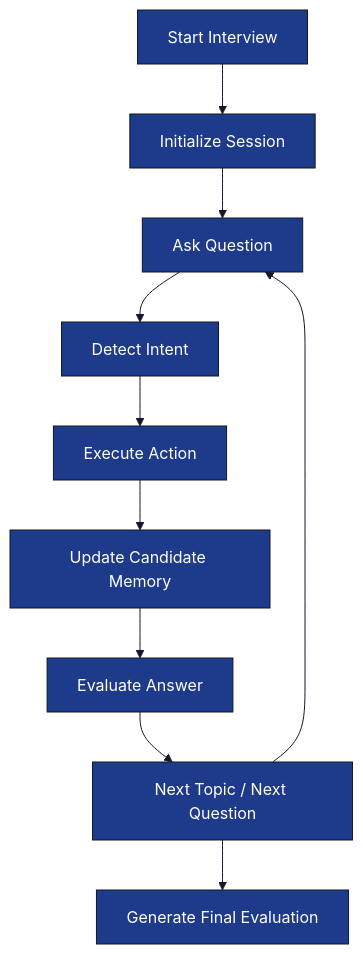
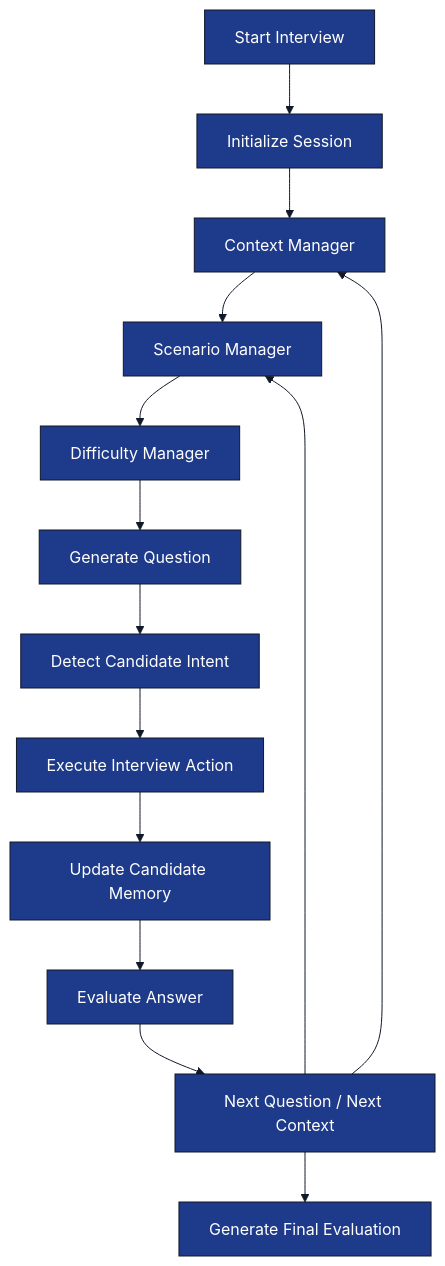
The first of 2 diagrams in docs/tech-spec/04_interview_engine.md (Veeru123456778/ai-interview-service), drawn with Mermaid before and after one commit. The commit also changed other lines of this file, not shown here.

Commit message:
fixes the interview engine of the agent

````diff
--- a/docs/tech-spec/04_interview_engine.md
+++ b/docs/tech-spec/04_interview_engine.md
@@ -51,47 +53,57 @@
 ```mermaid
 %%{init:{
   "theme":"base",
   "themeVariables":{
     "background":"#FFFFFF",
     "primaryColor":"#1E3A8A",
     "primaryTextColor":"#FFFFFF",
     "primaryBorderColor":"#111827",
     "secondaryColor":"#2563EB",
     "secondaryTextColor":"#FFFFFF",
     "tertiaryColor":"#DBEAFE",
     "lineColor":"#111827",
     "edgeLabelBackground":"#FFFFFF",
     "fontFamily":"Inter"
   }
 }}%%
 
 flowchart TD
 
     START["Start Interview"]
 
     INIT["Initialize Session"]
 
-    ASK["Ask Question"]
+    CONTEXT["Context Manager"]
 
-    INTENT["Detect Intent"]
+    SCENARIO["Scenario Manager"]
 
-    ACTION["Execute Action"]
+    DIFFICULTY["Difficulty Manager"]
+
+    QUESTION["Generate Question"]
+
+    INTENT["Detect Candidate Intent"]
+
+    ACTION["Execute Interview Action"]
 
     MEMORY["Update Candidate Memory"]
 
-    EVAL["Evaluate Answer"]
+    EVALUATE["Evaluate Answer"]
 
-    NEXT["Next Topic / Next Question"]
+    NEXT["Next Question / Next Context"]
 
     FINAL["Generate Final Evaluation"]
 
     START --> INIT
-    INIT --> ASK
-    ASK --> INTENT
+    INIT --> CONTEXT
+    CONTEXT --> SCENARIO
+    SCENARIO --> DIFFICULTY
+    DIFFICULTY --> QUESTION
+    QUESTION --> INTENT
     INTENT --> ACTION
     ACTION --> MEMORY
-    MEMORY --> EVAL
-    EVAL --> NEXT
-    NEXT --> ASK
+    MEMORY --> EVALUATE
+    EVALUATE --> NEXT
+    NEXT --> SCENARIO
+    NEXT --> CONTEXT
     NEXT --> FINAL
 ```
````
